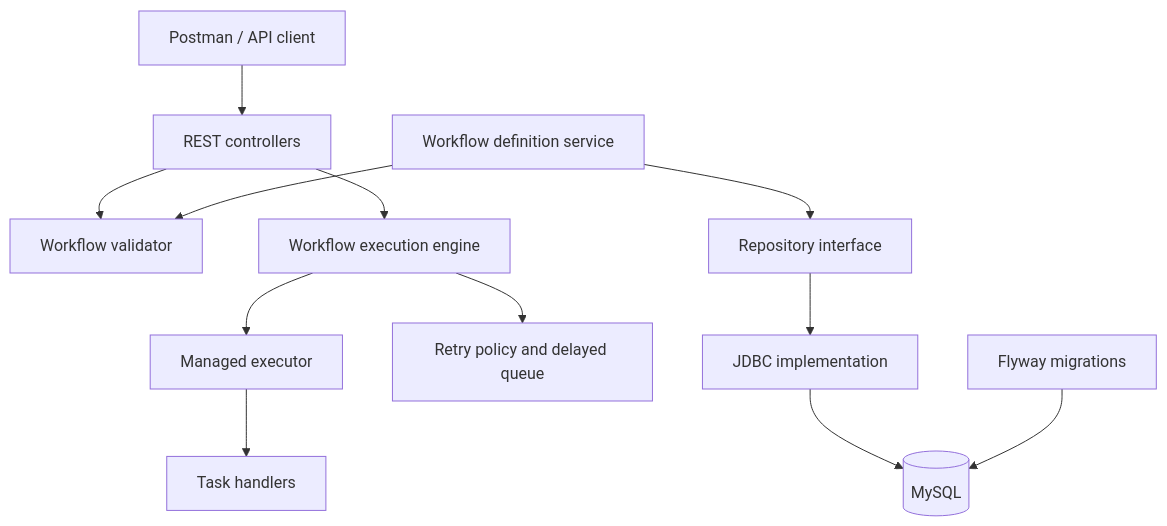
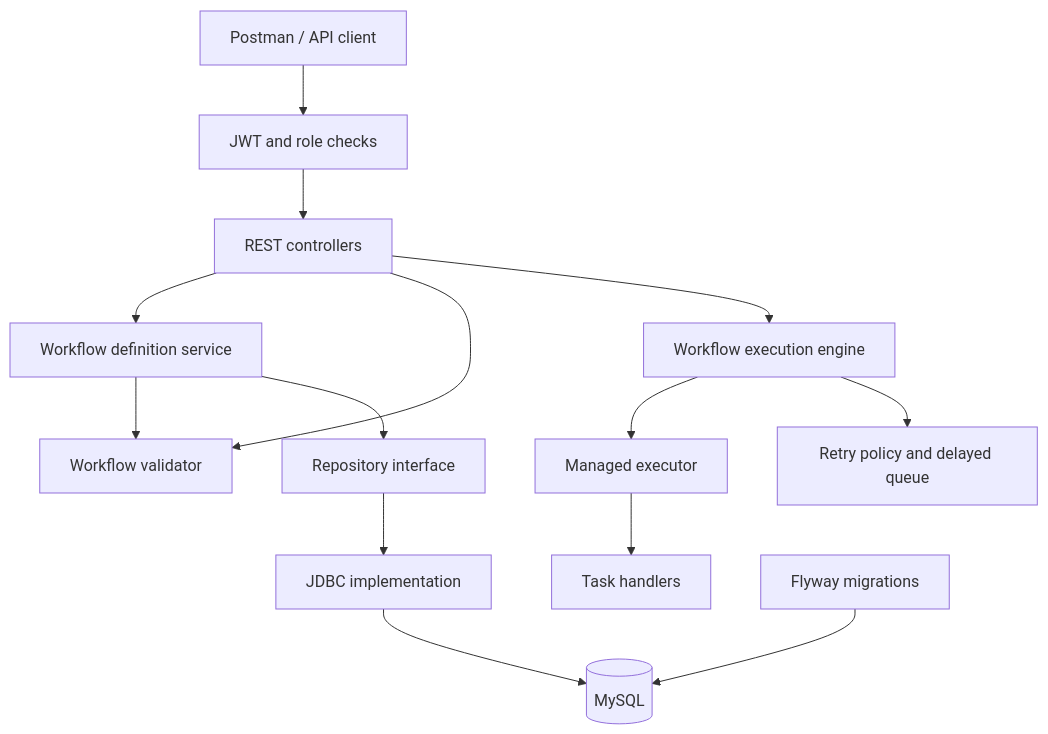
Before and after one commit to Suyog-S-Kulkarni/flowforge: the first of 3 diagrams in flowforge/README.md, drawn with Mermaid. The commit also changed other lines of this file and 10 other files, not shown here.

````diff
--- a/flowforge/README.md
+++ b/flowforge/README.md
@@ -67,16 +76,18 @@
 ```mermaid
 flowchart TD
-    Client["Postman / API client"] --> API["REST controllers"]
+    Client["Postman / API client"] --> Security["JWT and role checks"]
+    Security --> API["REST controllers"]
+    API --> Service["Workflow definition service"]
     API --> Validator["Workflow validator"]
     API --> Engine["Workflow execution engine"]
     Engine --> Executor["Managed executor"]
     Executor --> Handlers["Task handlers"]
     Engine --> Retry["Retry policy and delayed queue"]
 
     Service["Workflow definition service"] --> Validator
     Service --> Repository["Repository interface"]
     Repository --> JDBC["JDBC implementation"]
     JDBC --> DB[("MySQL")]
 
     Flyway["Flyway migrations"] --> DB
 ```
````
